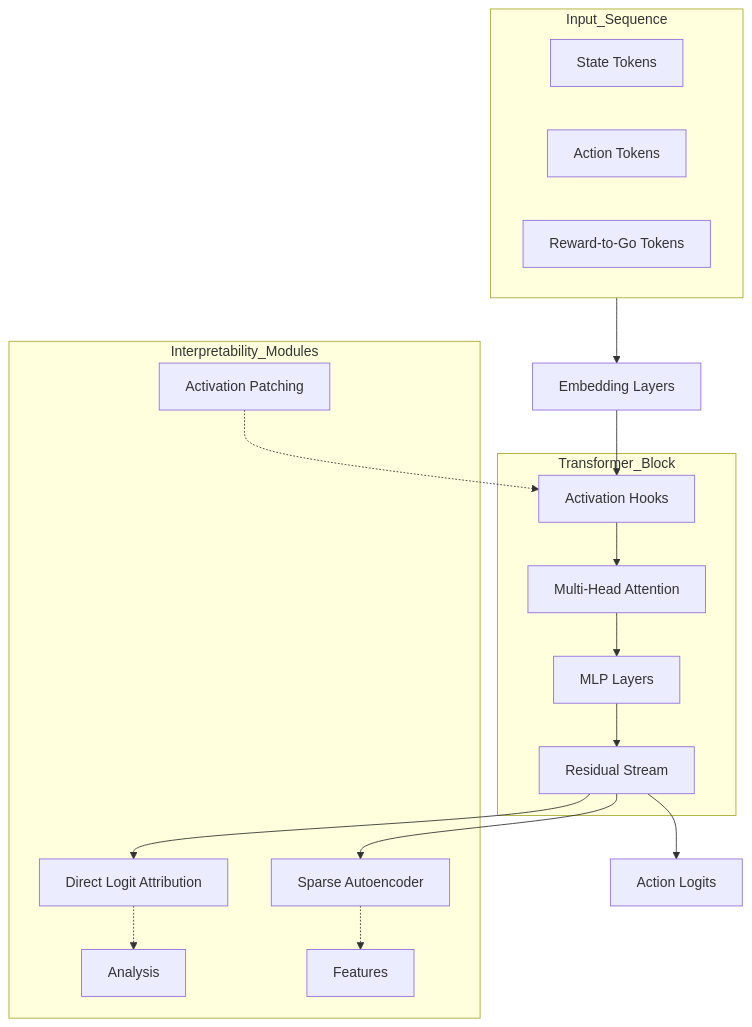
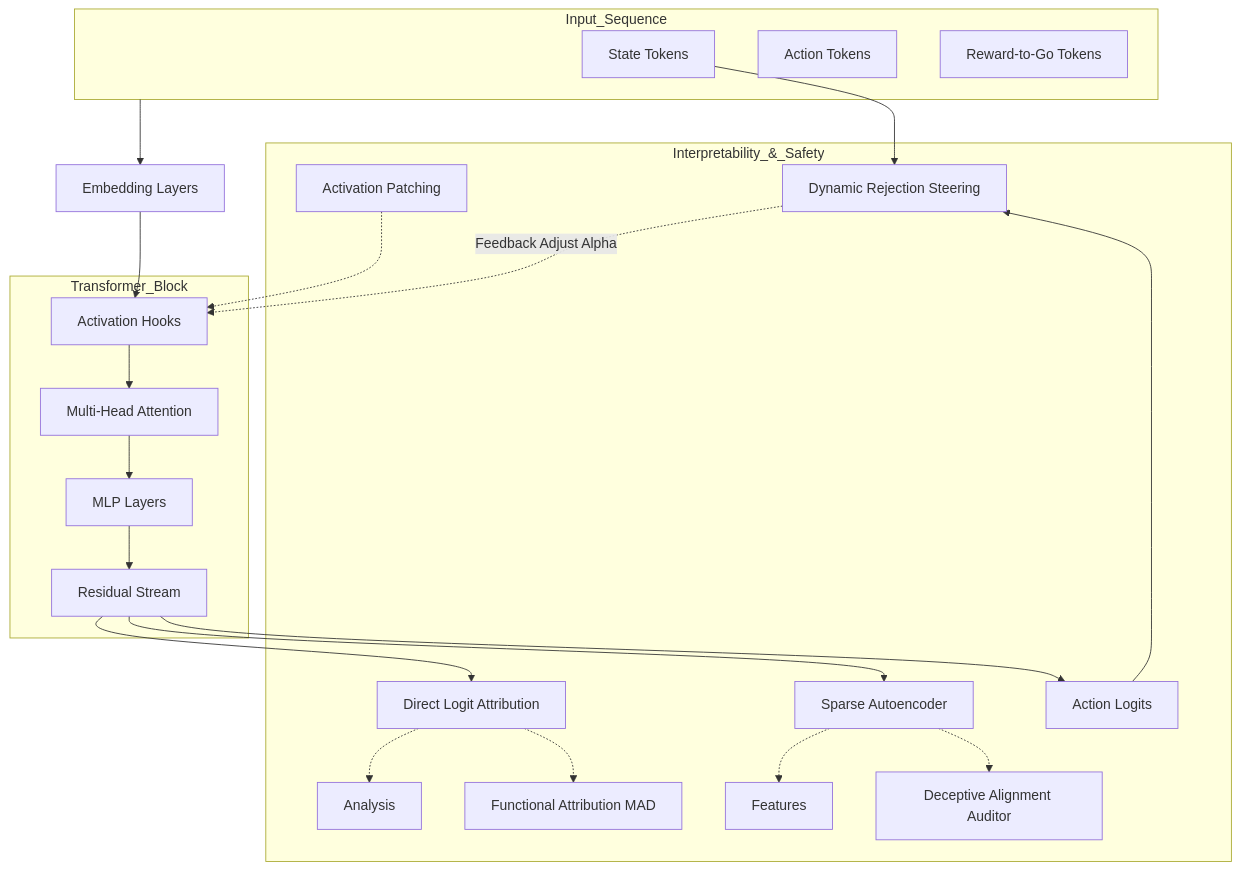
Before and after one commit to sadhumitha-s/DT-Circuits: the diagram in README.md, drawn with Mermaid. The commit also changed other lines of this file and 3 other files, not shown here.

Commit message:
feat: implement safety auditing tools for steering and deceptive alignment detection

````diff
--- a/README.md
+++ b/README.md
@@ -39,27 +39,32 @@
 ```mermaid
 graph TD
     subgraph Input_Sequence
         S[State Tokens]
         A[Action Tokens]
         RTG[Reward-to-Go Tokens]
     end
 
     Input_Sequence --> Embed[Embedding Layers]
     Embed --> Hooks[Activation Hooks]
     
     subgraph Transformer_Block
         Hooks --> Attn[Multi-Head Attention]
         Attn --> MLP[MLP Layers]
         MLP --> Res[Residual Stream]
     end
 
     Res --> DLA[Direct Logit Attribution]
     Res --> SAE[Sparse Autoencoder]
     Res --> Output[Action Logits]
 
-    subgraph Interpretability_Modules
+    subgraph Interpretability_&_Safety
         DLA -.-> Analysis
+        DLA -.-> MAD[Functional Attribution MAD]
         SAE -.-> Features
+        SAE -.-> Auditor[Deceptive Alignment Auditor]
         Intervention[Activation Patching] -.-> Hooks
+        
+        Output & S --> Directer[Dynamic Rejection Steering]
+        Directer -.-> |Feedback Adjust Alpha| Hooks
     end
 ```
````
